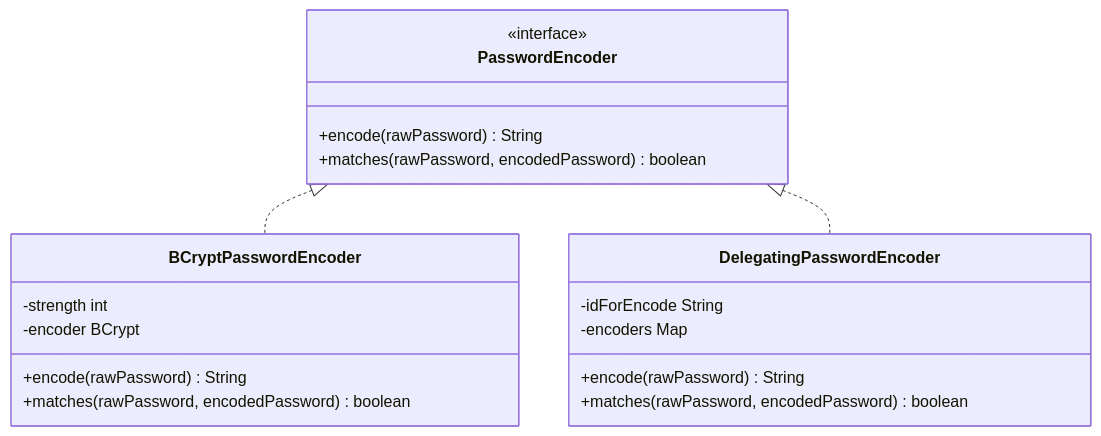
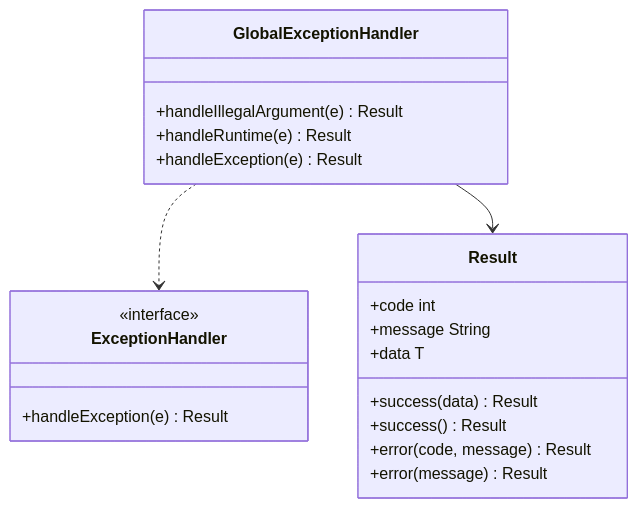
One commit to gree-coder/fund-butler changed the sixth of 15 diagrams in .qoder/repowiki/zh/content/核心功能开发/安全配置.md. Above: the diagram before and after it, drawn with Mermaid. The commit also changed other lines of this file and 10 other files, not shown here.

````diff
--- a/.qoder/repowiki/zh/content/核心功能开发/安全配置.md
+++ b/.qoder/repowiki/zh/content/核心功能开发/安全配置.md
@@ -200,22 +235,23 @@
 ```mermaid
 classDiagram
-class PasswordEncoder {
+class GlobalExceptionHandler {
++handleIllegalArgument(e) Result
++handleRuntime(e) Result
++handleException(e) Result
+}
+class Result {
++code int
++message String
++data T
++success(data) Result
++success() Result
++error(code, message) Result
++error(message) Result
+}
+class ExceptionHandler {
 <<interface>>
-+encode(rawPassword) String
-+matches(rawPassword, encodedPassword) boolean
++handleException(e) Result
 }
-class BCryptPasswordEncoder {
-+encode(rawPassword) String
-+matches(rawPassword, encodedPassword) boolean
--strength int
--encoder BCrypt
-}
-class DelegatingPasswordEncoder {
-+encode(rawPassword) String
-+matches(rawPassword, encodedPassword) boolean
--idForEncode String
--encoders Map
-}
-PasswordEncoder <|.. BCryptPasswordEncoder
-PasswordEncoder <|.. DelegatingPasswordEncoder
+GlobalExceptionHandler ..> ExceptionHandler
+GlobalExceptionHandler --> Result
 ```
````
